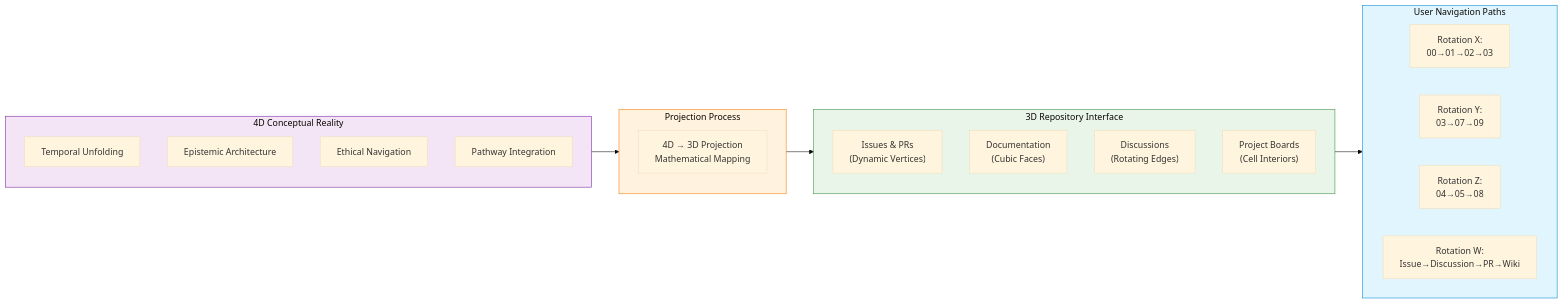
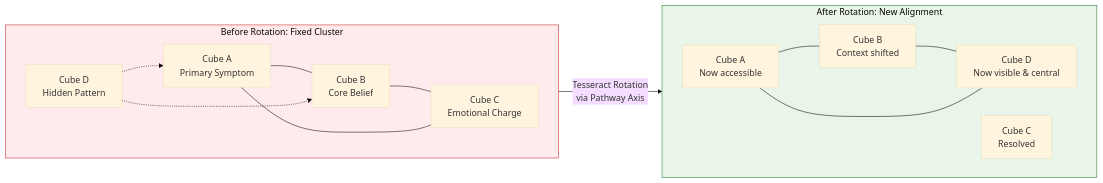
Before and after one commit to ravaioli/solarpunk-mandala: the fifth of 5 diagrams in framework/core-model/06-geometric-unpacking-tesseract.md, drawn with Mermaid (base theme). The commit also changed other lines of this file, not shown here.

First line of the commit message:
Revise Geometric Unpacking Tesseract Protocol

````diff
--- a/framework/core-model/06-geometric-unpacking-tesseract.md
+++ b/framework/core-model/06-geometric-unpacking-tesseract.md
@@ -163,38 +349,24 @@
 ```mermaid
-flowchart LR
-    subgraph FourD [4D Conceptual Reality]
-        direction TB
-        FD1["Temporal Unfolding"]
-        FD2["Epistemic Architecture"]
-        FD3["Ethical Navigation"]
-        FD4["Pathway Integration"]
+graph LR
+    subgraph Before["Before Rotation: Fixed Cluster"]
+        direction LR
+        A["Cube A<br>Primary Symptom"] --- B
+        B["Cube B<br>Core Belief"] --- C
+        C["Cube C<br>Emotional Charge"] --- A
+        D["Cube D<br>Hidden Pattern"] -.-> A
+        D -.-> B
     end
 
-    subgraph Projection [Projection Process]
-        P["4D → 3D Projection<br>Mathematical Mapping"]
+    Before -- "Tesseract Rotation<br>via Pathway Axis" --> After
+
+    subgraph After["After Rotation: New Alignment"]
+        direction LR
+        A2["Cube A<br>Now accessible"] --- B2
+        B2["Cube B<br>Context shifted"] --- D2
+        C2["Cube C<br>Resolved"] 
+        D2["Cube D<br>Now visible & central"] --- A2
     end
 
-    subgraph ThreeD [3D Repository Interface]
-        direction TB
-        TD1["Issues & PRs<br>(Dynamic Vertices)"]
-        TD2["Documentation<br>(Cubic Faces)"]
-        TD3["Discussions<br>(Rotating Edges)"]
-        TD4["Project Boards<br>(Cell Interiors)"]
-    end
-
-    subgraph UserNav [User Navigation Paths]
-        direction LR
-        N1["Rotation X:<br>00→01→02→03"]
-        N2["Rotation Y:<br>03→07→09"]
-        N3["Rotation Z:<br>04→05→08"]
-        N4["Rotation W:<br>Issue→Discussion→PR→Wiki"]
-    end
-
-    FourD --> Projection --> ThreeD
-    ThreeD --> UserNav
-
-    style FourD fill:#f3e5f5,stroke:#7b1fa2
-    style Projection fill:#fff3e0,stroke:#f57c00
-    style ThreeD fill:#e8f5e8,stroke:#388e3c
-    style UserNav fill:#e1f5fe,stroke:#0288d1
+    style Before fill:#ffebee,stroke:#c62828
+    style After fill:#e8f5e8,stroke:#2e7d32
 ```
````
